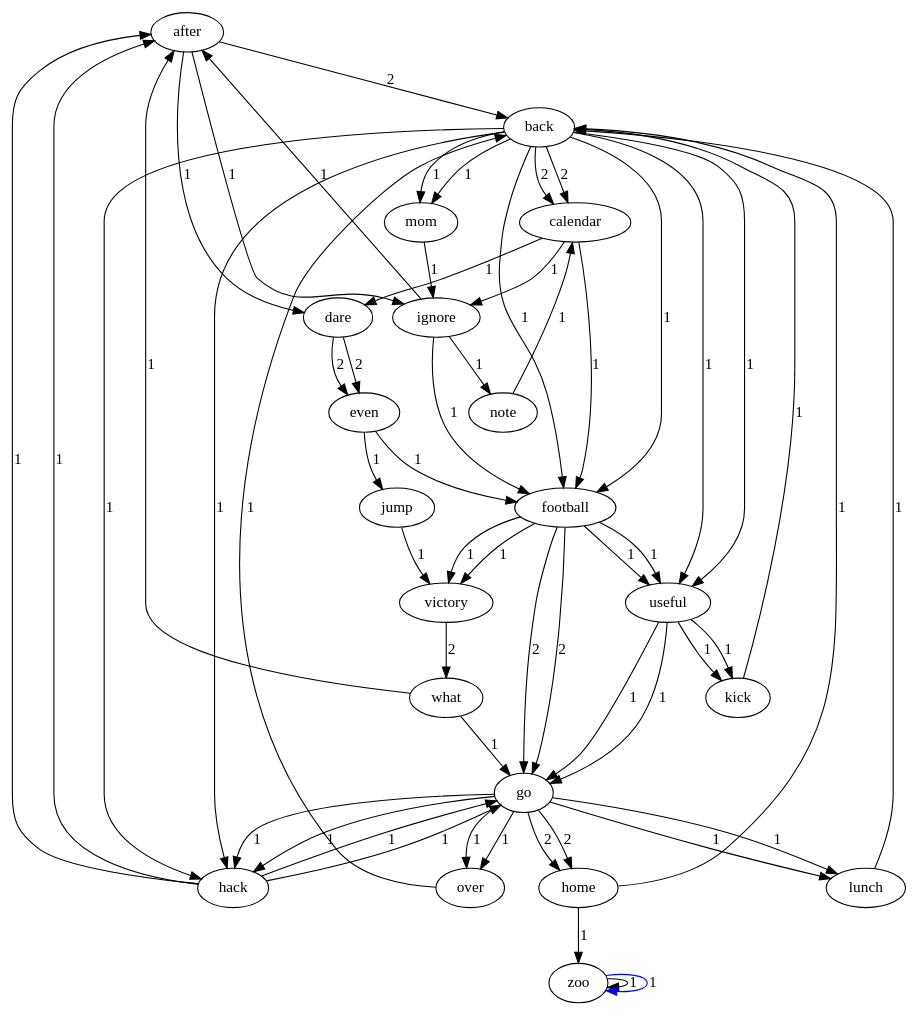
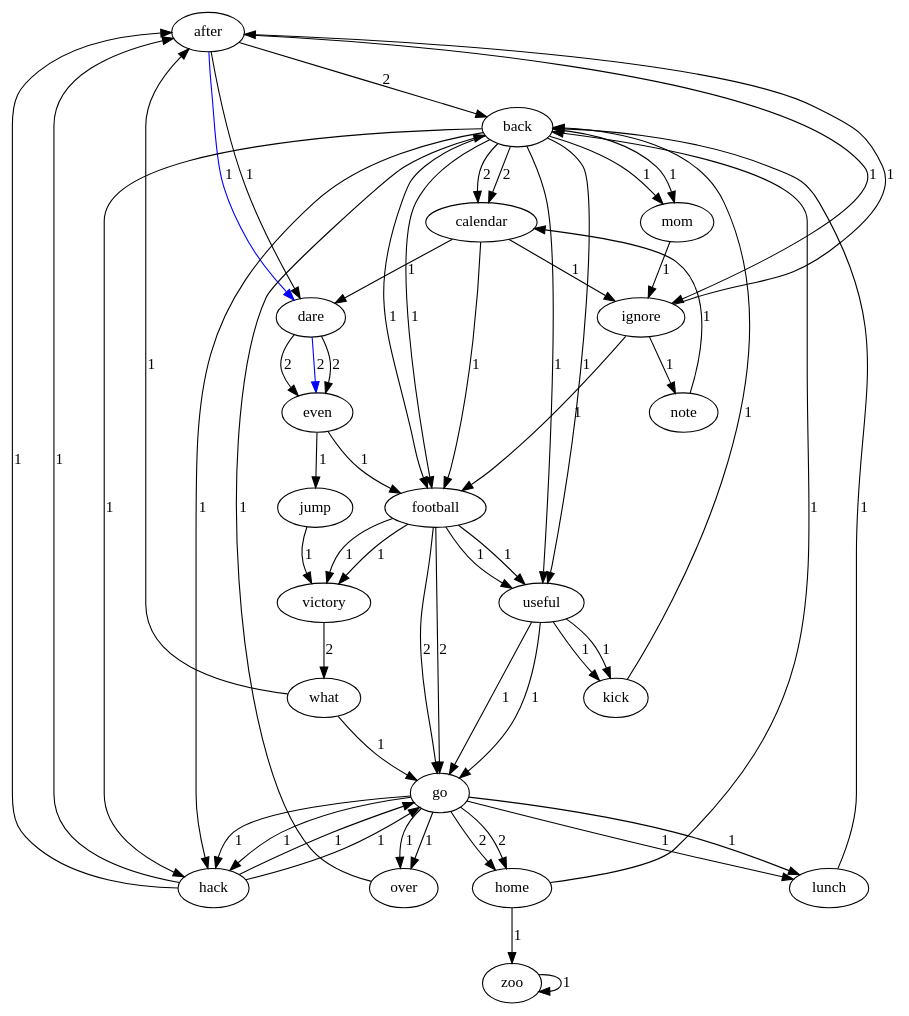
One commit to holynova-SD/Lab4 changed the diagram in dotfilenew.dot. Above: the diagram before and after it, drawn with Graphviz. The commit also changed 13 other files, not shown here.

```diff
--- a/dotfilenew.dot
+++ b/dotfilenew.dot
@@ -1,61 +1,63 @@
 digraph graphname{ 
 after->back[ label = 2 ]; 
 after->dare[ label = 1 ]; 
 after->ignore[ label = 1 ]; 
 ignore->after[ label = 1 ]; 
 ignore->football[ label = 1 ]; 
 ignore->note[ label = 1 ]; 
 note->calendar[ label = 1 ]; 
 calendar->dare[ label = 1 ]; 
 calendar->football[ label = 1 ]; 
 calendar->ignore[ label = 1 ]; 
 football->go[ label = 2 ]; 
 football->useful[ label = 1 ]; 
 football->victory[ label = 1 ]; 
 victory->what[ label = 2 ]; 
 what->after[ label = 1 ]; 
 what->go[ label = 1 ]; 
 go->hack[ label = 1 ]; 
 go->home[ label = 2 ]; 
 go->lunch[ label = 1 ]; 
 go->over[ label = 1 ]; 
 over->back[ label = 1 ]; 
 back->calendar[ label = 2 ]; 
 back->football[ label = 1 ]; 
 back->hack[ label = 1 ]; 
 back->mom[ label = 1 ]; 
 back->useful[ label = 1 ]; 
 useful->go[ label = 1 ]; 
 useful->kick[ label = 1 ]; 
 kick->back[ label = 1 ]; 
 mom->ignore[ label = 1 ]; 
 hack->after[ label = 1 ]; 
 hack->go[ label = 1 ]; 
 lunch->back[ label = 1 ]; 
 home->back[ label = 1 ]; 
 home->zoo[ label = 1 ]; 
 zoo->zoo[ label = 1 ]; 
 hack->after[ label = 1 ]; 
 hack->go[ label = 1 ]; 
 useful->go[ label = 1 ]; 
 useful->kick[ label = 1 ]; 
 go->hack[ label = 1 ]; 
 go->home[ label = 2 ]; 
 go->lunch[ label = 1 ]; 
 go->over[ label = 1 ]; 
 dare->even[ label = 2 ]; 
 even->football[ label = 1 ]; 
 even->jump[ label = 1 ]; 
 jump->victory[ label = 1 ]; 
 football->go[ label = 2 ]; 
 football->useful[ label = 1 ]; 
 football->victory[ label = 1 ]; 
 dare->even[ label = 2 ]; 
 back->calendar[ label = 2 ]; 
 back->football[ label = 1 ]; 
 back->hack[ label = 1 ]; 
 back->mom[ label = 1 ]; 
 back->useful[ label = 1 ]; 
 
-zoo -> zoo[ label = 1, color = blue ] 
+after -> dare[ label = 1, color = blue ] 
+
+dare -> even[ label = 2, color = blue ] 
 }
```
